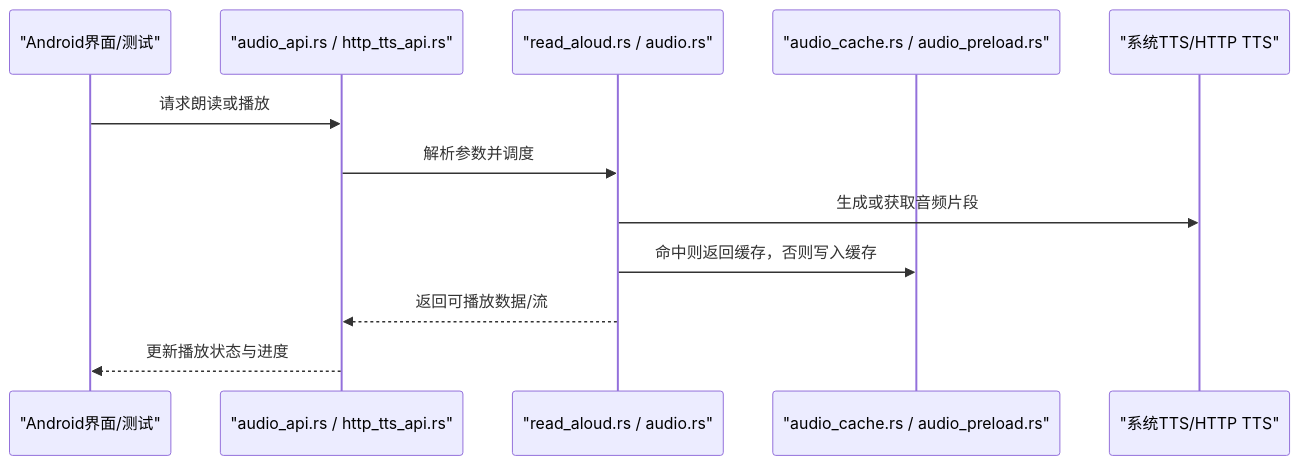
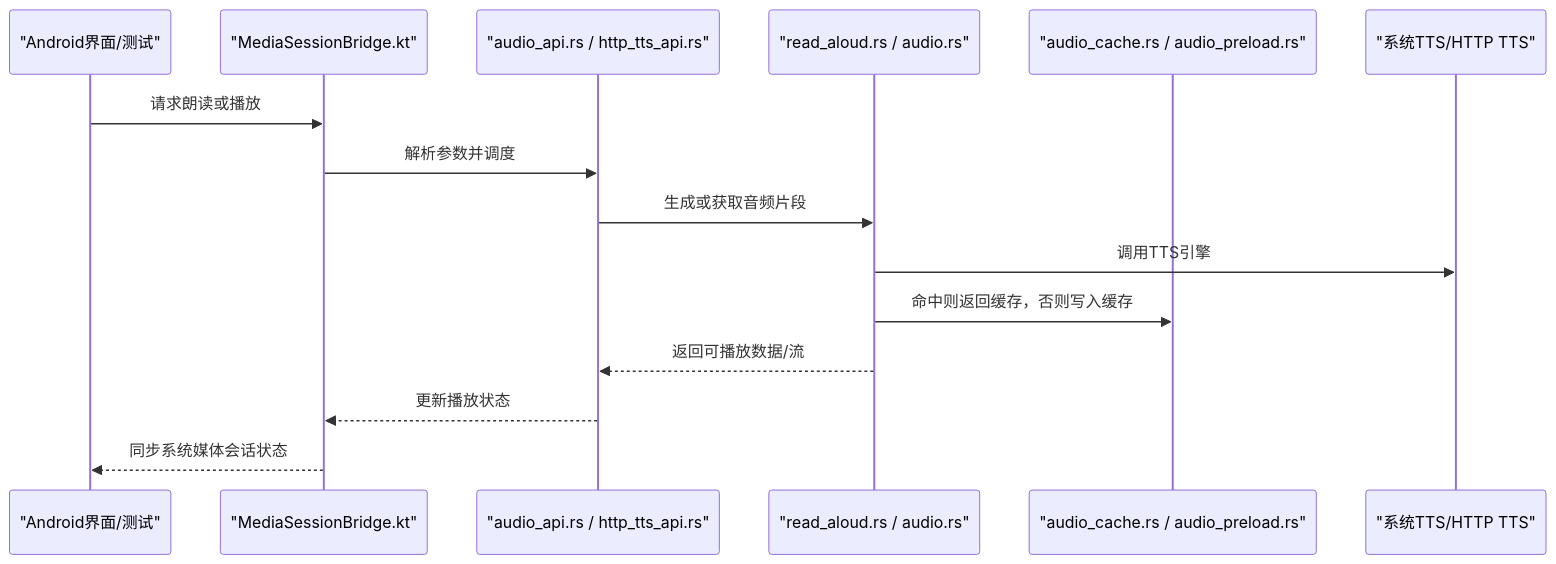
The second of 6 diagrams in .qoder/repowiki/zh/content/音频功能/音频功能.md (ZhangGHGitHub/LegadoTeamFlutter), drawn with Mermaid before and after one commit. The commit also changed other lines of this file and 66 other files, not shown here.

````diff
--- a/.qoder/repowiki/zh/content/音频功能/音频功能.md
+++ b/.qoder/repowiki/zh/content/音频功能/音频功能.md
@@ -105,14 +121,17 @@
 ```mermaid
 sequenceDiagram
 participant UI as "Android界面/测试"
+participant Session as "MediaSessionBridge.kt"
 participant FFI as "audio_api.rs / http_tts_api.rs"
 participant Core as "read_aloud.rs / audio.rs"
 participant Cache as "audio_cache.rs / audio_preload.rs"
 participant Engine as "系统TTS/HTTP TTS"
-UI->>FFI : 请求朗读或播放
-FFI->>Core : 解析参数并调度
-Core->>Engine : 生成或获取音频片段
+UI->>Session : 请求朗读或播放
+Session->>FFI : 解析参数并调度
+FFI->>Core : 生成或获取音频片段
+Core->>Engine : 调用TTS引擎
 Core->>Cache : 命中则返回缓存，否则写入缓存
 Core-->>FFI : 返回可播放数据/流
-FFI-->>UI : 更新播放状态与进度
+FFI-->>Session : 更新播放状态
+Session-->>UI : 同步系统媒体会话状态
 ```
````
